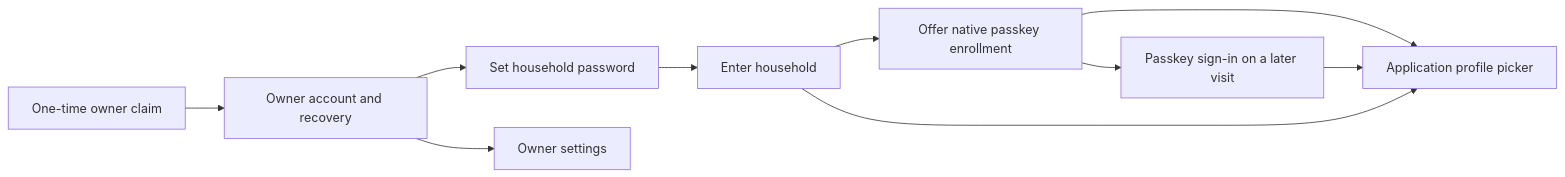
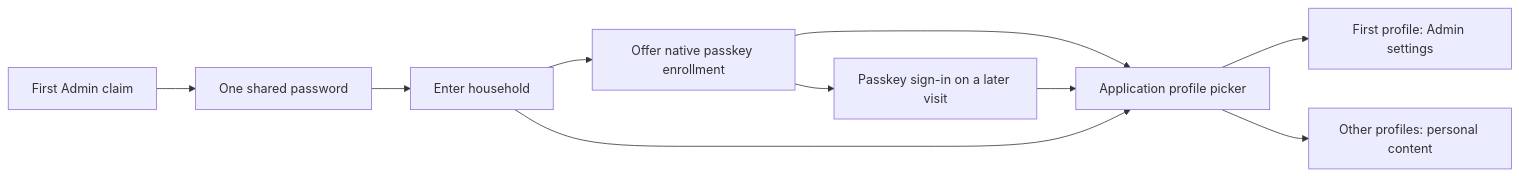
One commit to affromero/sidedoor changed the third of 5 diagrams in README.md. Above: the diagram before and after it, drawn with Mermaid. The commit also changed other lines of this file and 23 other files, not shown here.

Commit message:
feat: make first Admin profile own shared household access

````diff
--- a/README.md
+++ b/README.md
@@ -170,12 +170,12 @@
 ```mermaid
 flowchart LR
-  Claim[One-time owner claim] --> Owner[Owner account and recovery]
-  Owner --> Household[Set household password]
-  Household --> Entry[Enter household]
+  Claim[First Admin claim] --> Gate[One shared password]
+  Gate --> Entry[Enter household]
   Entry --> Save[Offer native passkey enrollment]
   Save --> Picker[Application profile picker]
   Entry --> Picker
   Save --> Later[Passkey sign-in on a later visit]
   Later --> Picker
-  Owner --> Admin[Owner settings]
+  Picker --> Admin[First profile: Admin settings]
+  Picker --> Member[Other profiles: personal content]
 ```
````
